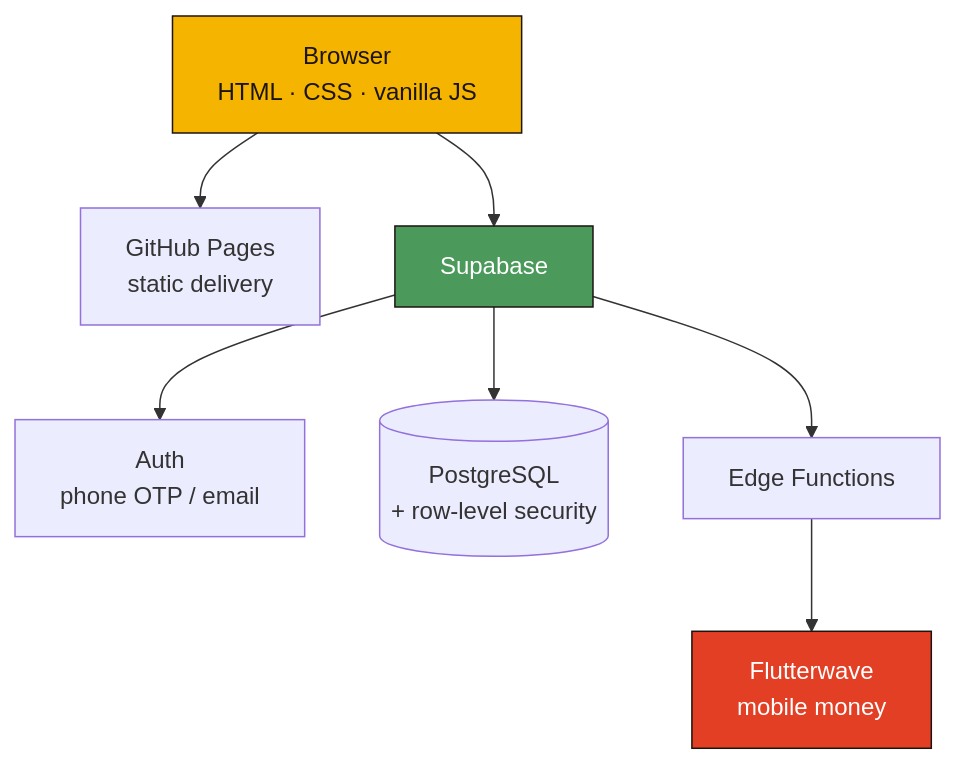
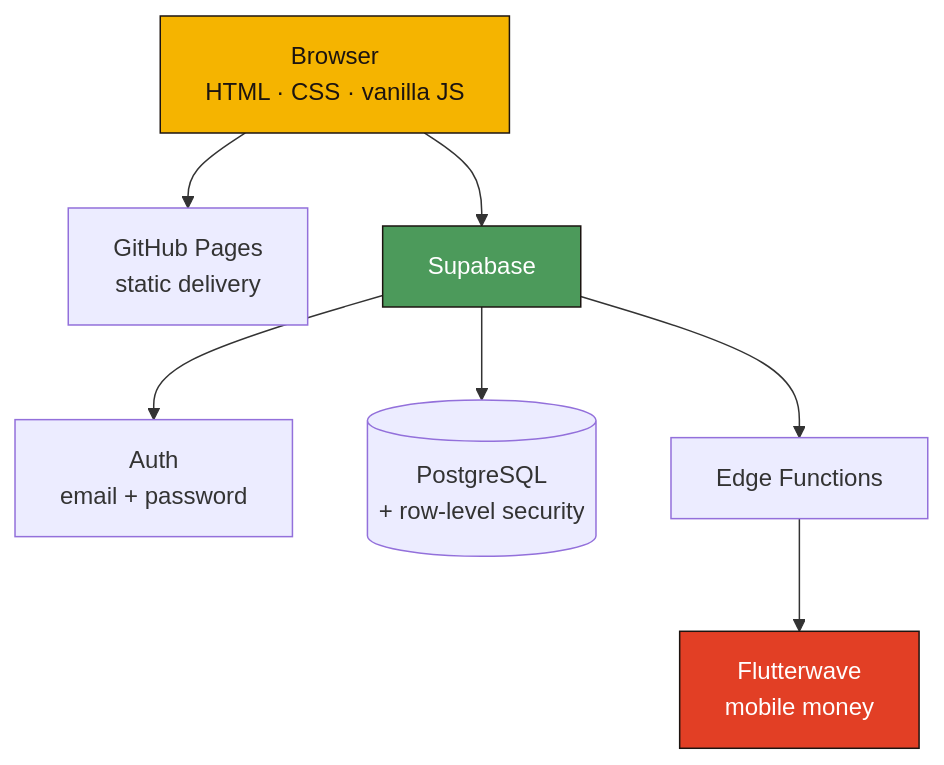
Before and after one commit to SpeakPower-commits/tonninyira: the third of 4 diagrams in README.md, drawn with Mermaid. The commit also changed other lines of this file and 17 other files, not shown here.

````diff
--- a/README.md
+++ b/README.md
@@ -87,12 +92,12 @@
 ```mermaid
 flowchart TB
   B["Browser<br/>HTML · CSS · vanilla JS"] --> P["GitHub Pages<br/>static delivery"]
   B --> S["Supabase"]
-  S --> AU["Auth<br/>phone OTP / email"]
+  S --> AU["Auth<br/>email + password"]
   S --> DB[("PostgreSQL<br/>+ row-level security")]
   S --> EF["Edge Functions"]
   EF --> FW["Flutterwave<br/>mobile money"]
   style B fill:#F5B400,stroke:#1C1410,color:#1C1410
   style S fill:#4C9A5B,stroke:#1C1410,color:#ffffff
   style FW fill:#E23F25,stroke:#1C1410,color:#ffffff
 ```
````
